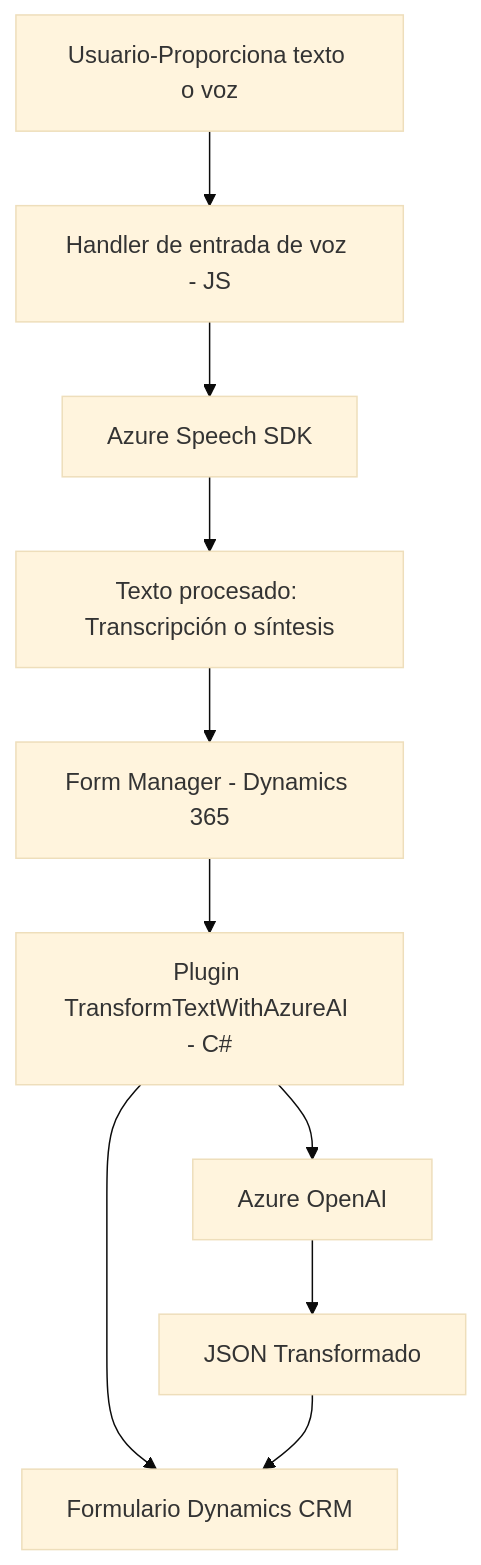
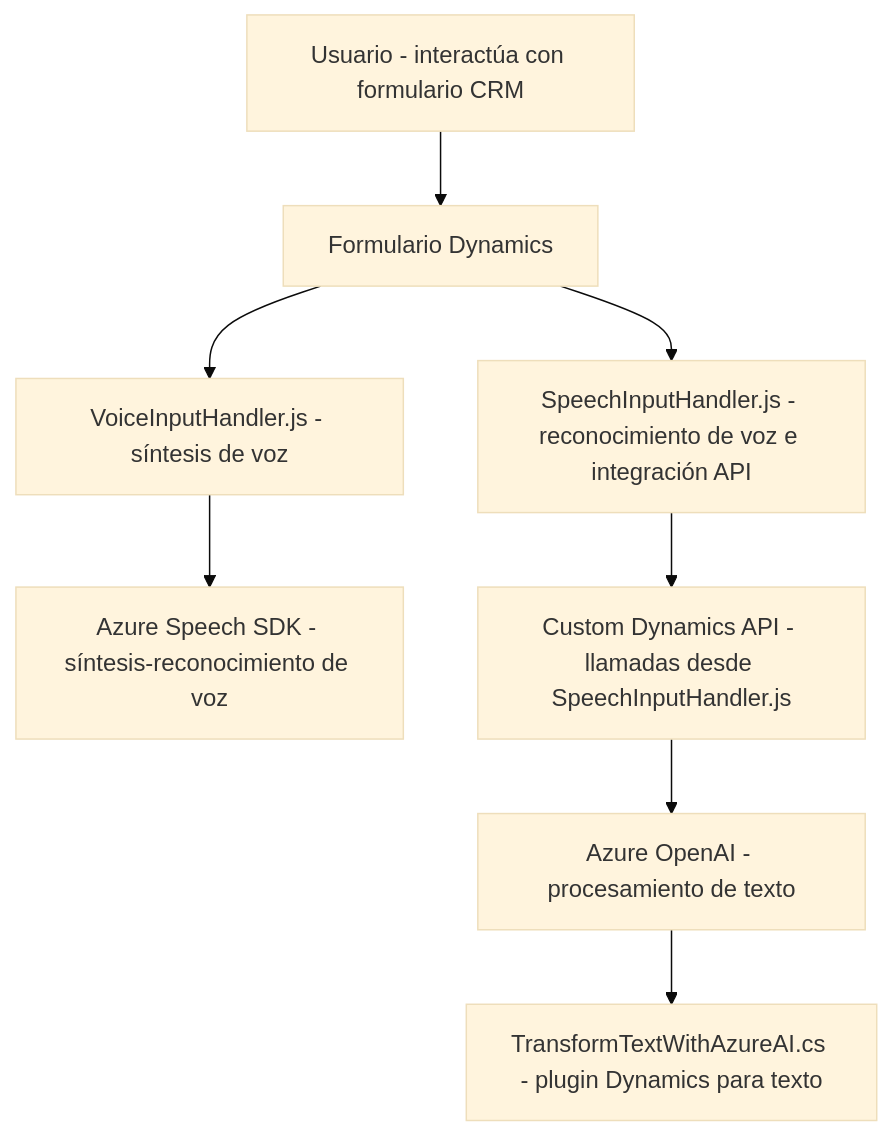
One commit to blopezdm/NETCORE_BILBAO2025 changed the diagram in README.md. Above: the diagram before and after it, drawn with Mermaid (base theme). The commit also changed other lines of this file, not shown here.

Commit message:
Actualizar análisis global de la solución con IA

````diff
--- a/README.md
+++ b/README.md
@@ -51,14 +45,19 @@
 ```mermaid
 graph TD
-    User["Usuario-Proporciona texto o voz"] --> SpeechHandler["Handler de entrada de voz - JS"]
-    SpeechHandler --> AzureSpeechSDK["Azure Speech SDK"]
-    AzureSpeechSDK --> ProcessedText["Texto procesado: Transcripción o síntesis"]
+    A["Usuario - interactúa con formulario CRM"]
+    B["Formulario Dynamics"]
+    C["VoiceInputHandler.js - síntesis de voz"]
+    D["SpeechInputHandler.js - reconocimiento de voz e integración API"]
+    E["Azure Speech SDK - síntesis-reconocimiento de voz"]
+    F["Custom Dynamics API - llamadas desde SpeechInputHandler.js"]
+    G["Azure OpenAI - procesamiento de texto"]
+    H["TransformTextWithAzureAI.cs - plugin Dynamics para texto"]
 
-    ProcessedText --> FormManager["Form Manager - Dynamics 365"]
-    FormManager --> PluginCRM["Plugin TransformTextWithAzureAI - C#"]
-
-    PluginCRM --> AzureOpenAI["Azure OpenAI"]
-    PluginCRM --> DynamicsForm["Formulario Dynamics CRM"]
-    AzureOpenAI --> TransformedJSON["JSON Transformado"]
-    TransformedJSON --> DynamicsForm
+    A --> B
+    B --> C
+    B --> D
+    C --> E
+    D --> F
+    F --> G
+    G --> H
 ```
````
